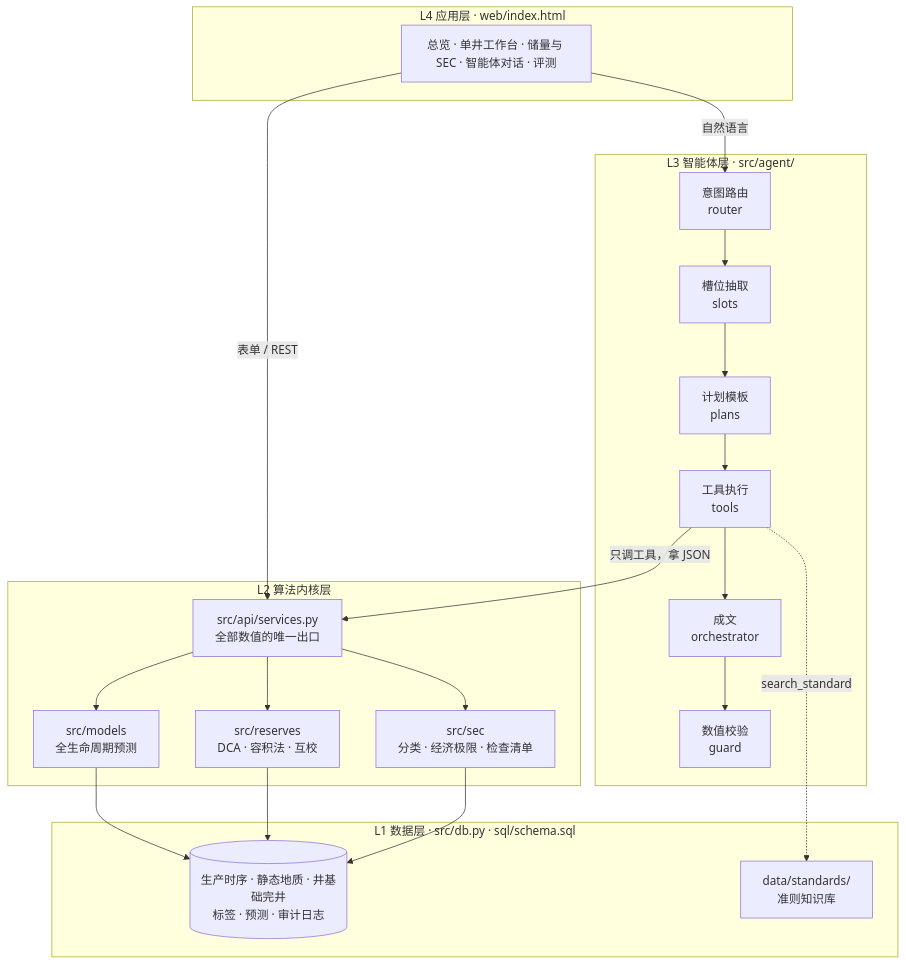
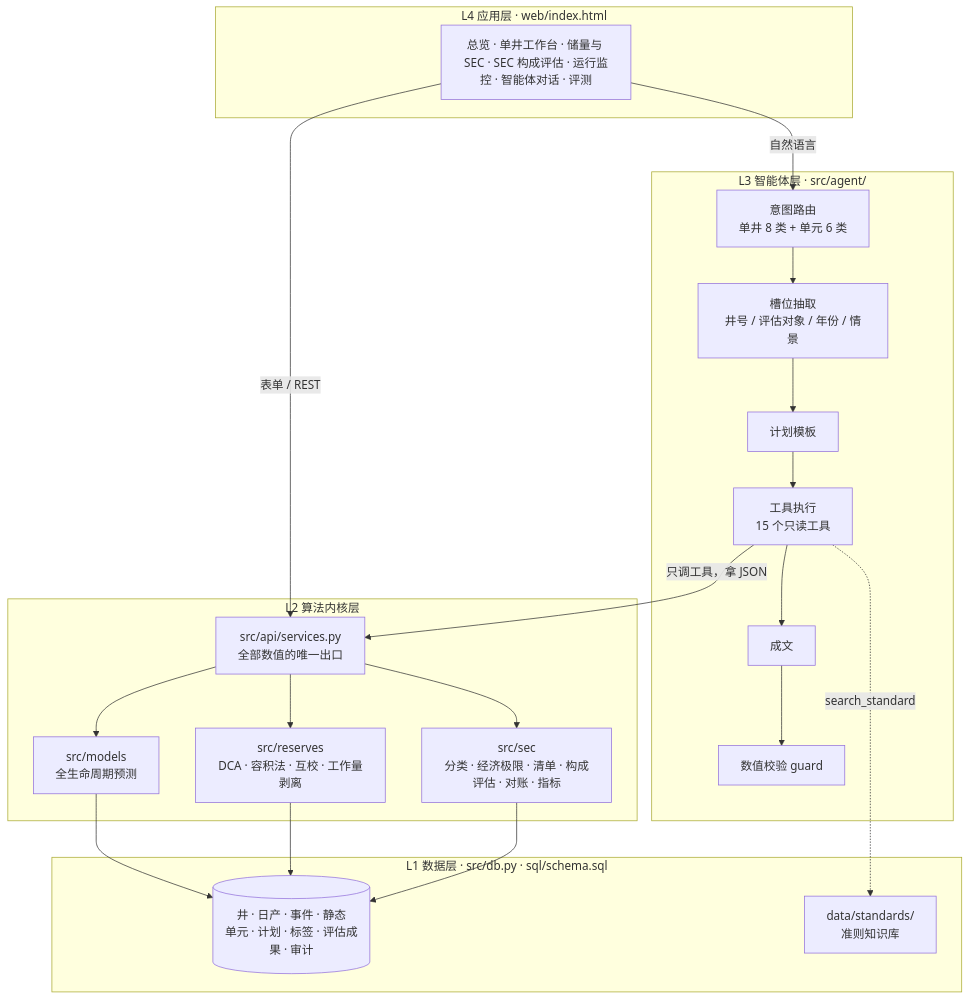
The first of 3 diagrams in README.md (xu5733089/oilwell-lifecycle-sec), drawn with Mermaid before and after one commit. The commit also changed other lines of this file and 34 other files, not shown here.

````diff
--- a/README.md
+++ b/README.md
@@ -185,25 +161,25 @@
 ```mermaid
 flowchart TB
     subgraph L4["L4 应用层 · web/index.html"]
-        UI["总览 · 单井工作台 · 储量与 SEC · 智能体对话 · 评测"]
+        UI["总览 · 单井工作台 · 储量与 SEC · SEC 构成评估 · 运行监控 · 智能体对话 · 评测"]
     end
     subgraph L3["L3 智能体层 · src/agent/"]
-        R["意图路由<br/>router"] --> SL["槽位抽取<br/>slots"] --> P["计划模板<br/>plans"] --> T["工具执行<br/>tools"] --> C["成文<br/>orchestrator"] --> G["数值校验<br/>guard"]
+        R["意图路由<br/>单井 8 类 + 单元 6 类"] --> SL["槽位抽取<br/>井号 / 评估对象 / 年份 / 情景"] --> P["计划模板"] --> T["工具执行<br/>15 个只读工具"] --> C["成文"] --> G["数值校验 guard"]
     end
     subgraph L2["L2 算法内核层"]
         API["src/api/services.py<br/>全部数值的唯一出口"]
         M["src/models<br/>全生命周期预测"]
-        RS["src/reserves<br/>DCA · 容积法 · 互校"]
-        SEC["src/sec<br/>分类 · 经济极限 · 检查清单"]
+        RS["src/reserves<br/>DCA · 容积法 · 互校 · 工作量剥离"]
+        SEC["src/sec<br/>分类 · 经济极限 · 清单 · 构成评估 · 对账 · 指标"]
         API --> M & RS & SEC
     end
     subgraph L1["L1 数据层 · src/db.py · sql/schema.sql"]
-        DB[("生产时序 · 静态地质 · 井基础完井<br/>标签 · 预测 · 审计日志")]
+        DB[("井 · 日产 · 事件 · 静态<br/>单元 · 计划 · 标签 · 评估成果 · 审计")]
         KB["data/standards/<br/>准则知识库"]
     end
     UI -- "表单 / REST" --> API
     UI -- "自然语言" --> R
     T -- "只调工具，拿 JSON" --> API
     M & RS & SEC --> DB
     T -. "search_standard" .-> KB
 ```
````
